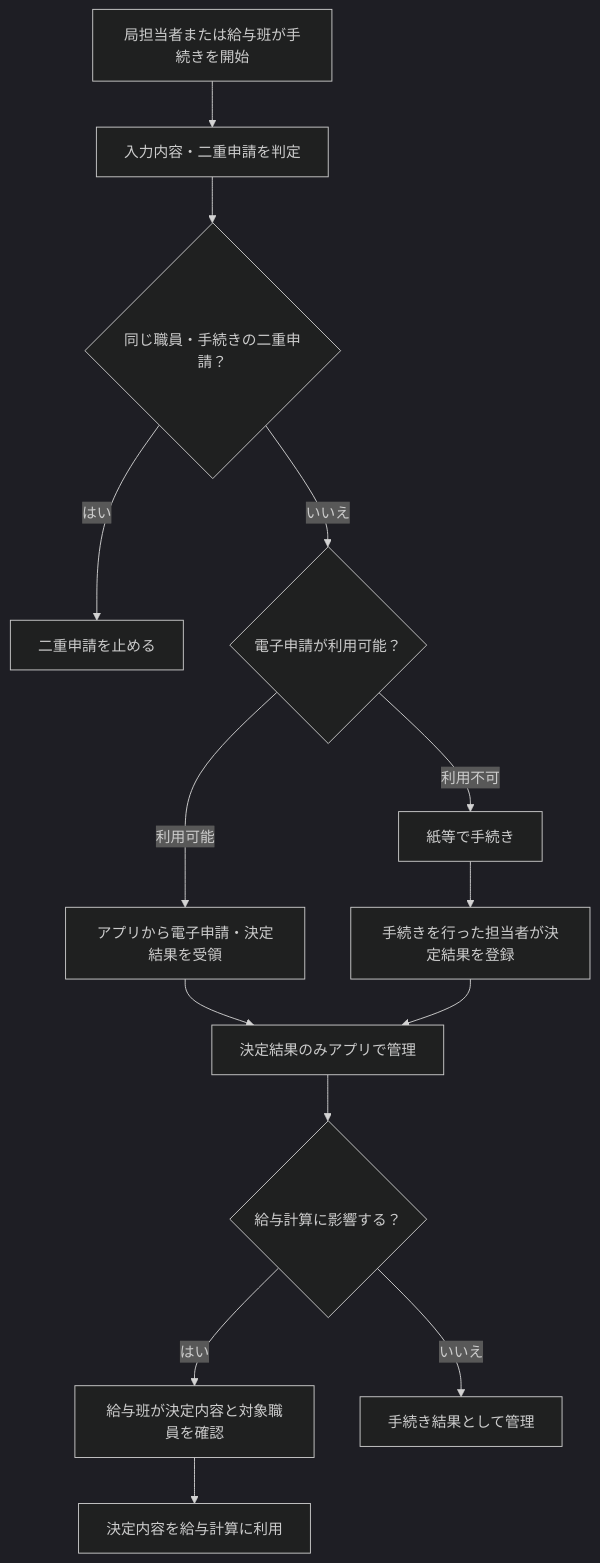
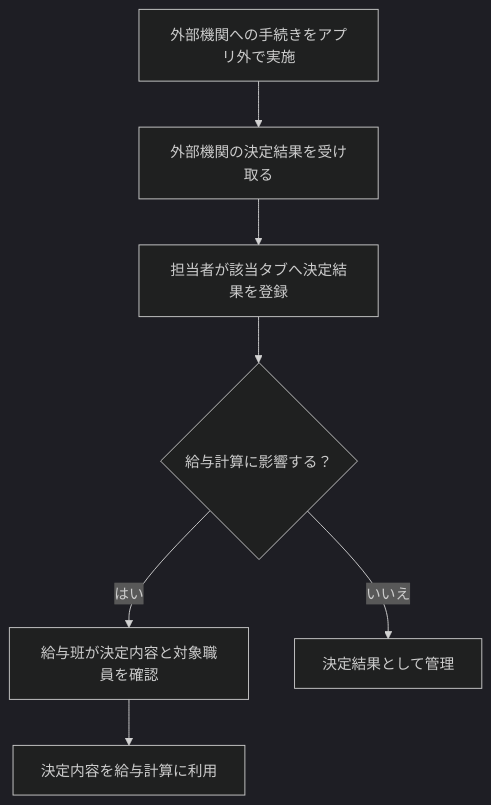
One commit to hirokazu601218/PowerAppsCanvasAppUI changed the fourth of 4 diagrams in docs/requirements/business-requirements.md. Above: the diagram before and after it, drawn with Mermaid (dark theme). The commit also changed other lines of this file and 3 other files, not shown here.

````diff
--- a/docs/requirements/business-requirements.md
+++ b/docs/requirements/business-requirements.md
@@ -211,14 +211,9 @@
 ```mermaid
 flowchart TB
-    S["局担当者または給与班が手続きを開始"] --> V["入力内容・二重申請を判定"]
-    V --> J{"同じ職員・手続きの二重申請？"}
-    J -->|"はい"| Q["二重申請を止める"]
-    J -->|"いいえ"| M{"電子申請が利用可能？"}
-    M -->|"利用可能"| E["アプリから電子申請・決定結果を受領"] --> X["決定結果のみアプリで管理"]
-    M -->|"利用不可"| A["紙等で手続き"] --> R["手続きを行った担当者が決定結果を登録"]
-    R --> X
-    X --> H{"給与計算に影響する？"}
+    A["外部機関への手続きをアプリ外で実施"] --> D["外部機関の決定結果を受け取る"]
+    D --> R["担当者が該当タブへ決定結果を登録"]
+    R --> H{"給与計算に影響する？"}
     H -->|"はい"| K["給与班が決定内容と対象職員を確認"]
     K --> P["決定内容を給与計算に利用"]
-    H -->|"いいえ"| O["手続き結果として管理"]
+    H -->|"いいえ"| O["決定結果として管理"]
 ```
````
